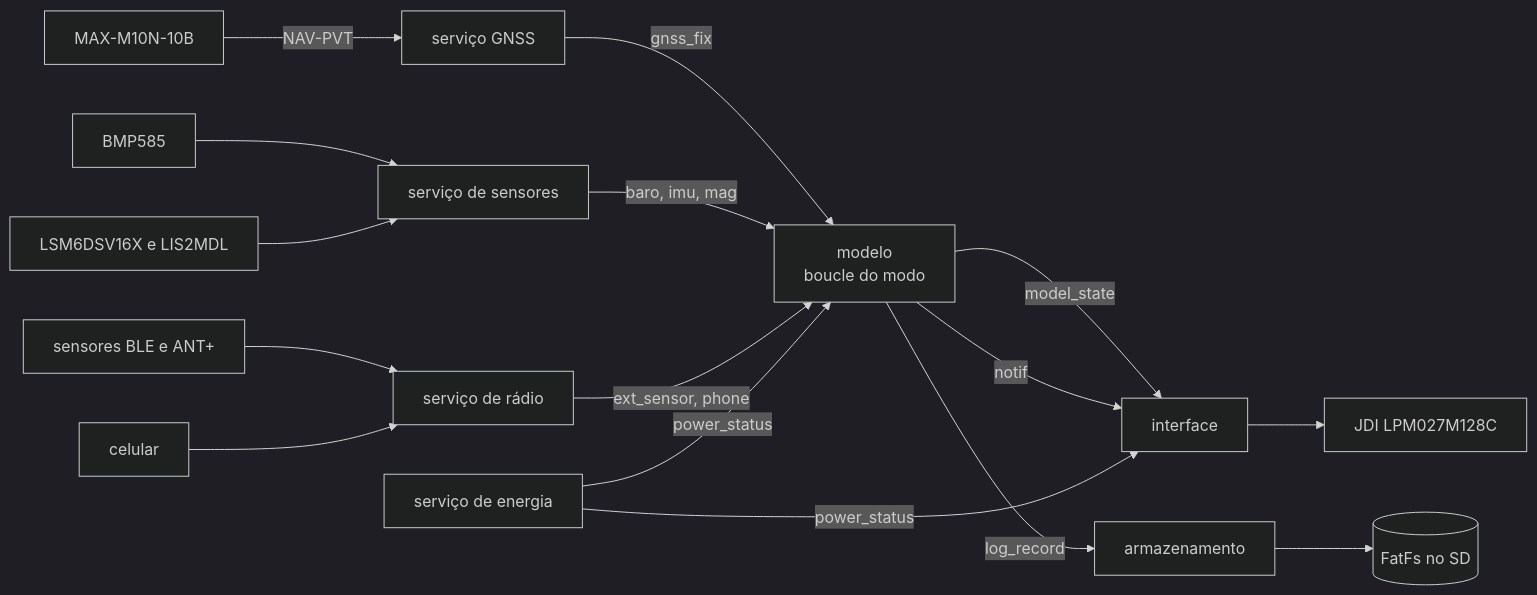
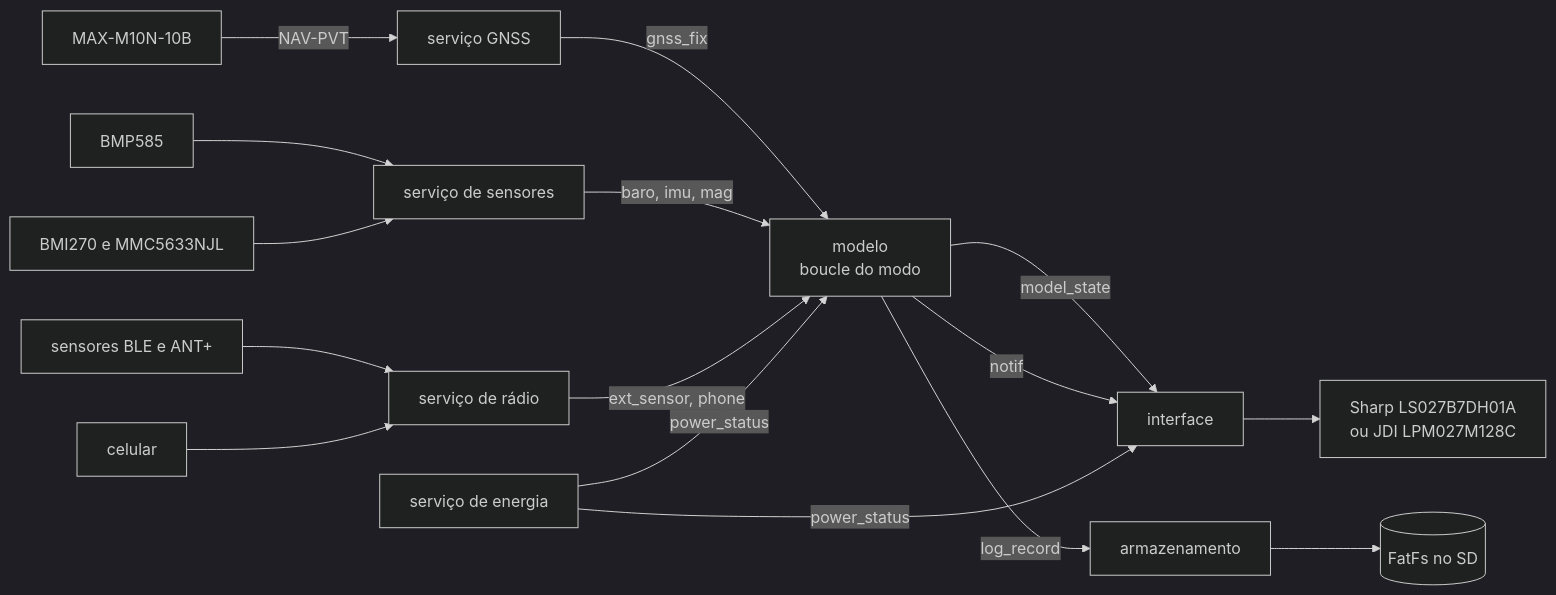
The second of 13 diagrams in docs/16-arquitetura-firmware.md (Guiimartinho/gnss-bike-computer), drawn with Mermaid (dark theme) before and after one commit. The commit also changed other lines of this file and 13 other files, not shown here.

````diff
--- a/docs/16-arquitetura-firmware.md
+++ b/docs/16-arquitetura-firmware.md
@@ -124,18 +124,18 @@
 ```mermaid
 flowchart LR
     GNSSM["MAX-M10N-10B"] -->|"NAV-PVT"| GS["serviço GNSS"]
     BARO["BMP585"] --> SS["serviço de sensores"]
-    IMU["LSM6DSV16X e LIS2MDL"] --> SS
+    IMU["BMI270 e MMC5633NJL"] --> SS
     EXT["sensores BLE e ANT+"] --> RS["serviço de rádio"]
     PHONE["celular"] --> RS
     GS -->|"gnss_fix"| MOD["modelo<br/>boucle do modo"]
     SS -->|"baro, imu, mag"| MOD
     RS -->|"ext_sensor, phone"| MOD
     MOD -->|"model_state"| UI["interface"]
     MOD -->|"log_record"| ST["armazenamento"]
     MOD -->|"notif"| UI
     PS["serviço de energia"] -->|"power_status"| UI
     PS -->|"power_status"| MOD
     ST --> FS[("FatFs no SD")]
-    UI --> LCD["JDI LPM027M128C"]
+    UI --> LCD["Sharp LS027B7DH01A<br/>ou JDI LPM027M128C"]
 ```
````
